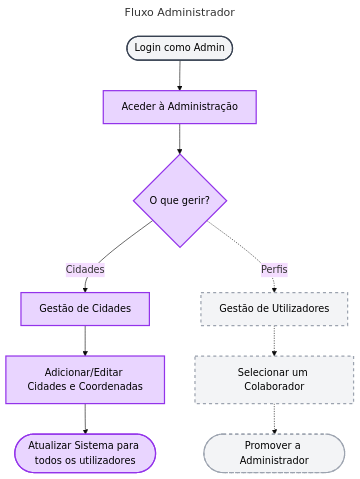
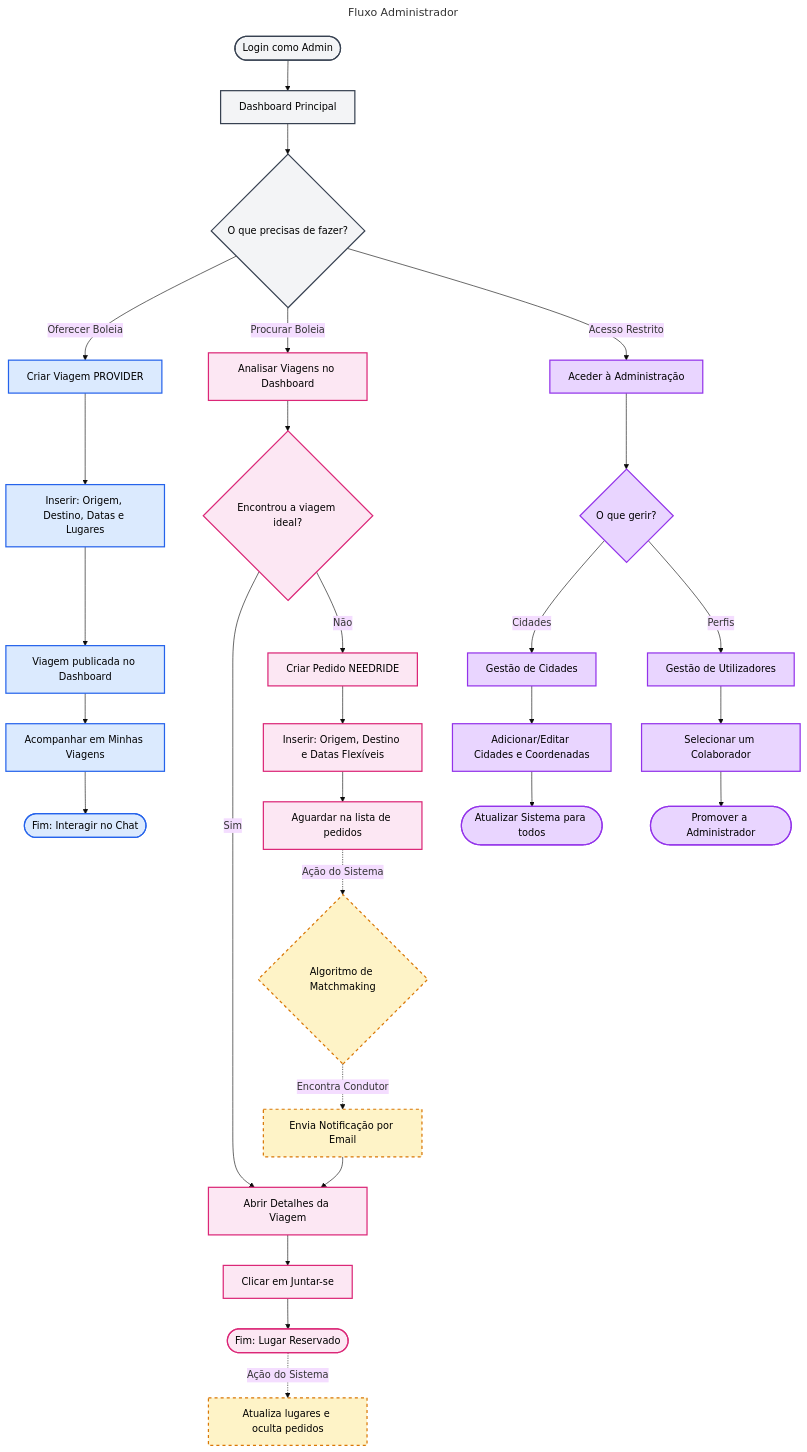
Before and after one commit to joaosantos1231209/Road-Buddies: the diagram in Documentation/fluxo-admin.md, drawn with Mermaid (base theme). The commit also changed 5 other files, not shown here.

````diff
--- a/Documentation/fluxo-admin.md
+++ b/Documentation/fluxo-admin.md
@@ -1,29 +1,60 @@
 ```mermaid
 ---
 title: Fluxo Administrador
 ---
 graph TD
     %% Estilos
     classDef login fill:#f3f4f6,stroke:#374151,stroke-width:2px,color:#000
+    classDef condutor fill:#dbeafe,stroke:#2563eb,stroke-width:2px,color:#000
+    classDef passageiro fill:#fce7f3,stroke:#db2777,stroke-width:2px,color:#000
     classDef admin fill:#e9d5ff,stroke:#9333ea,stroke-width:2px,color:#000
-    classDef futuro fill:#f3f4f6,stroke:#9ca3af,stroke-width:2px,stroke-dasharray: 5 5,color:#000
+    classDef sistema fill:#fef3c7,stroke:#d97706,stroke-width:2px,stroke-dasharray: 5 5,color:#000
 
-    %% Ponto de Entrada
-    A([Login como Admin]) --> B[Aceder à Administração]
-    B --> C{O que gerir?}
+    %% Estrutura Base
+    A([Login como Admin]) --> B[Dashboard Principal]
+    B --> C{O que precisas de fazer?}
 
-    %% Fluxo Atual (Cidades)
-    C -->|Cidades| D[Gestão de Cidades]
-    D --> E[Adicionar/Editar Cidades e Coordenadas]
-    E --> F([Atualizar Sistema para todos os utilizadores])
+    %% FLUXO DO CONDUTOR (Ações Comuns)
+    C -->|Oferecer Boleia| D[Criar Viagem PROVIDER]
+    D --> E[Inserir: Origem, Destino, Datas e Lugares]
+    E --> F[Viagem publicada no Dashboard]
+    F --> G[Acompanhar em Minhas Viagens]
+    G --> H([Fim: Interagir no Chat])
 
-    %% Fluxo Futuro (Perfis - Roadmap)
-    C -.->|Perfis| G[Gestão de Utilizadores]
-    G -.-> H[Selecionar um Colaborador]
-    H -.-> I([Promover a Administrador])
+    %% FLUXO DO PASSAGEIRO (Ações Comuns)
+    C -->|Procurar Boleia| I[Analisar Viagens no Dashboard]
+    I --> J{Encontrou a viagem ideal?}
 
-    %% Aplicar Classes (Cores)
-    class A login;
-    class B,C,D,E,F admin;
-    class G,H,I futuro;
+    J -->|Sim| K[Abrir Detalhes da Viagem]
+    K --> L[Clicar em Juntar-se]
+    L --> M([Fim: Lugar Reservado])
+    M -.->|Ação do Sistema| N[Atualiza lugares e oculta pedidos]
+
+    J -->|Não| O[Criar Pedido NEEDRIDE]
+    O --> P[Inserir: Origem, Destino e Datas Flexíveis]
+    P --> Q[Aguardar na lista de pedidos]
+    
+    %% O Sistema
+    Q -.->|Ação do Sistema| R{Algoritmo de Matchmaking}
+    R -.->|Encontra Condutor| S[Envia Notificação por Email]
+    S --> K
+
+    %% FLUXO DE ADMINISTRAÇÃO (Acesso Restrito)
+    C -->|Acesso Restrito| T[Aceder à Administração]
+    T --> U{O que gerir?}
+
+    U -->|Cidades| V[Gestão de Cidades]
+    V --> W[Adicionar/Editar Cidades e Coordenadas]
+    W --> X([Atualizar Sistema para todos])
+
+    U -->|Perfis| Y[Gestão de Utilizadores]
+    Y --> Z[Selecionar um Colaborador]
+    Z --> AA([Promover a Administrador])
+
+    %% Aplicar as classes
+    class A,B,C login;
+    class D,E,F,G,H condutor;
+    class I,J,K,L,M,O,P,Q passageiro;
+    class N,R,S sistema;
+    class T,U,V,W,X,Y,Z,AA admin;
 ```
````
